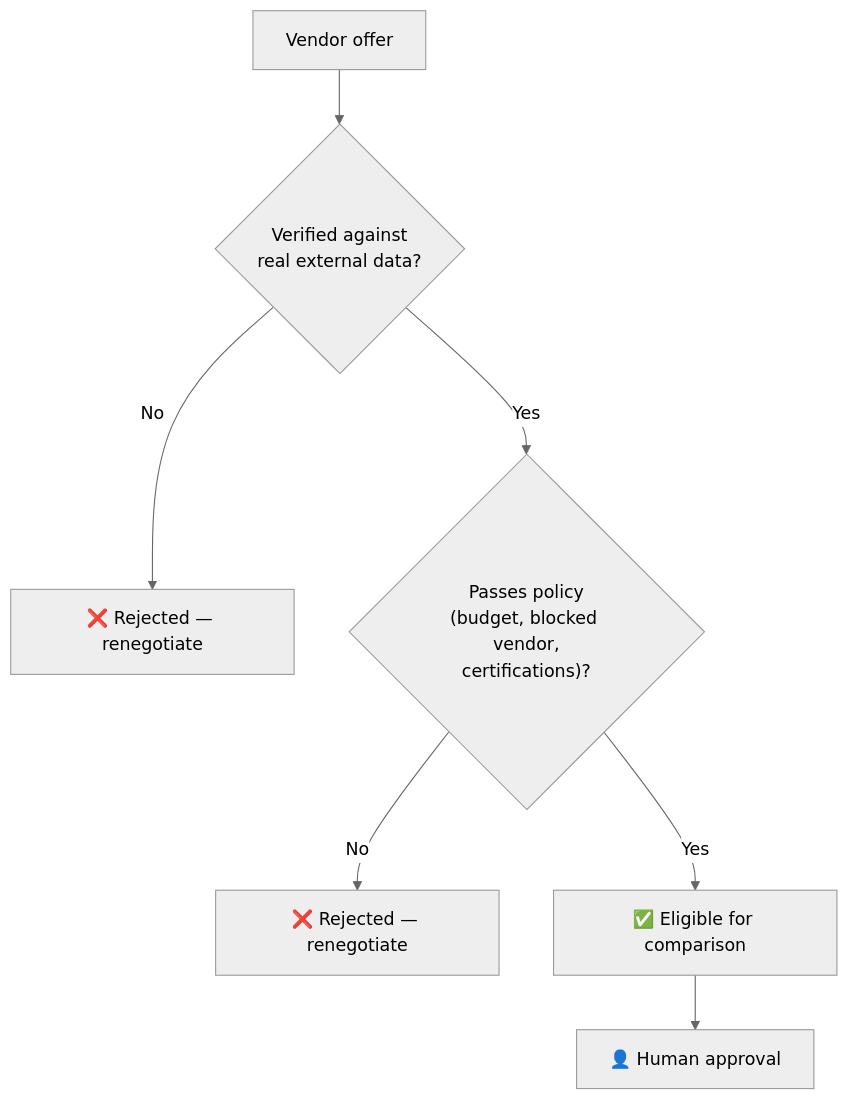
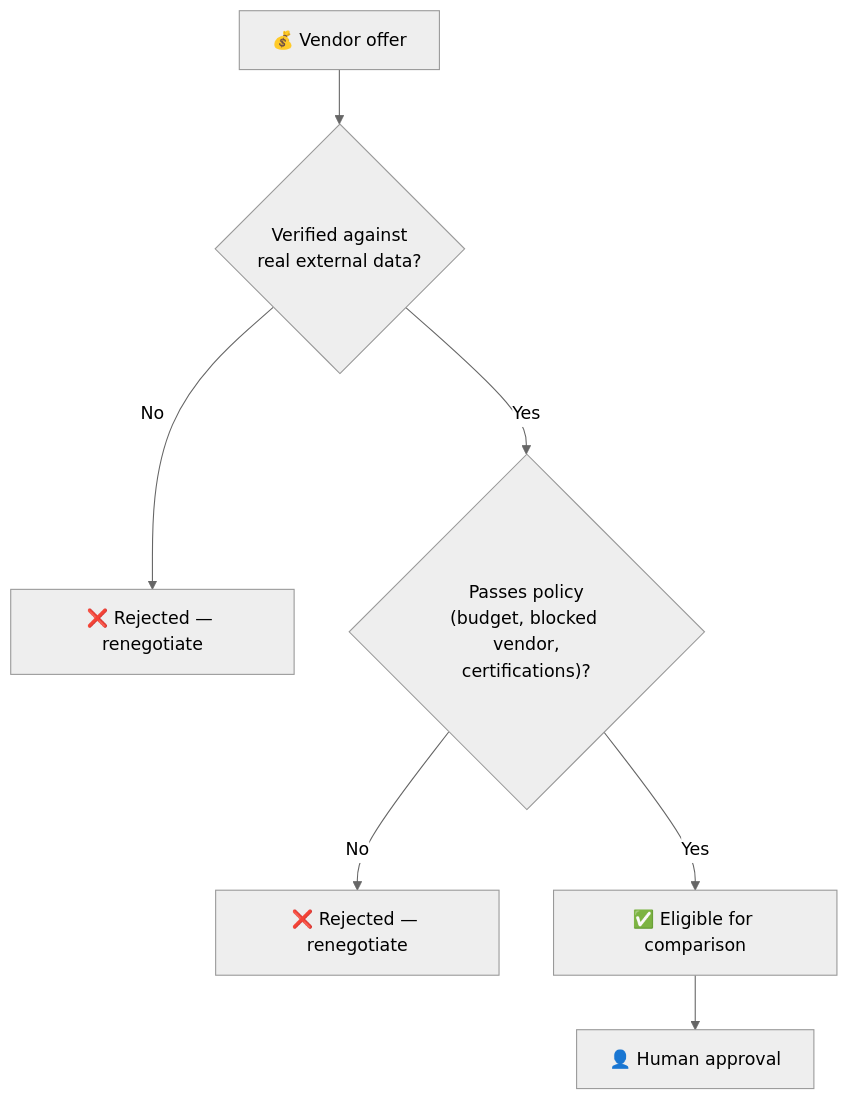
The third of 6 diagrams in README.md (maha-rk/pact), drawn with Mermaid (neutral theme) before and after one commit. The commit also changed other lines of this file, not shown here.

````diff
--- a/README.md
+++ b/README.md
@@ -206,9 +252,9 @@
 ```mermaid
 flowchart TD
-    A["Vendor offer"] --> B{"Verified against<br/>real external data?"}
+    A["💰 Vendor offer"] --> B{"Verified against<br/>real external data?"}
     B -- No --> C["❌ Rejected — renegotiate"]
     B -- Yes --> D{"Passes policy<br/>(budget, blocked vendor,<br/>certifications)?"}
     D -- No --> E["❌ Rejected — renegotiate"]
     D -- Yes --> F["✅ Eligible for comparison"]
     F --> G["👤 Human approval"]
 ```
````
